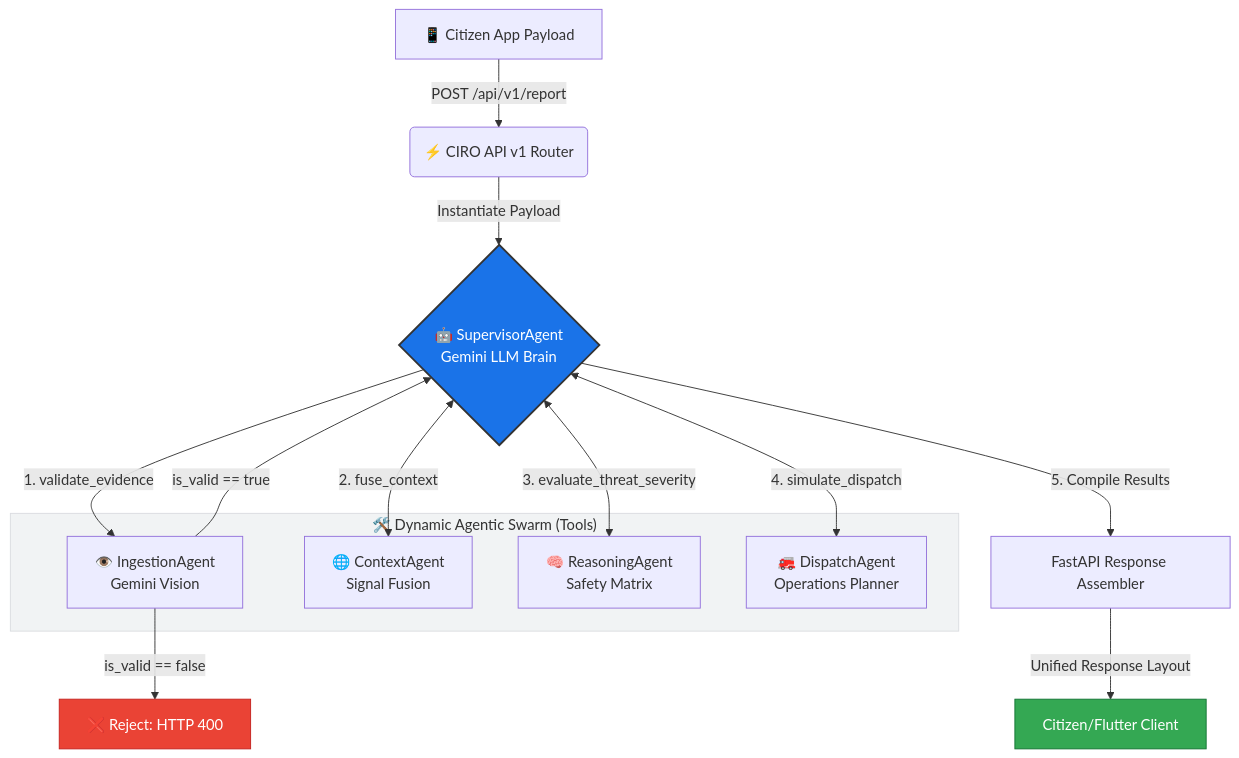
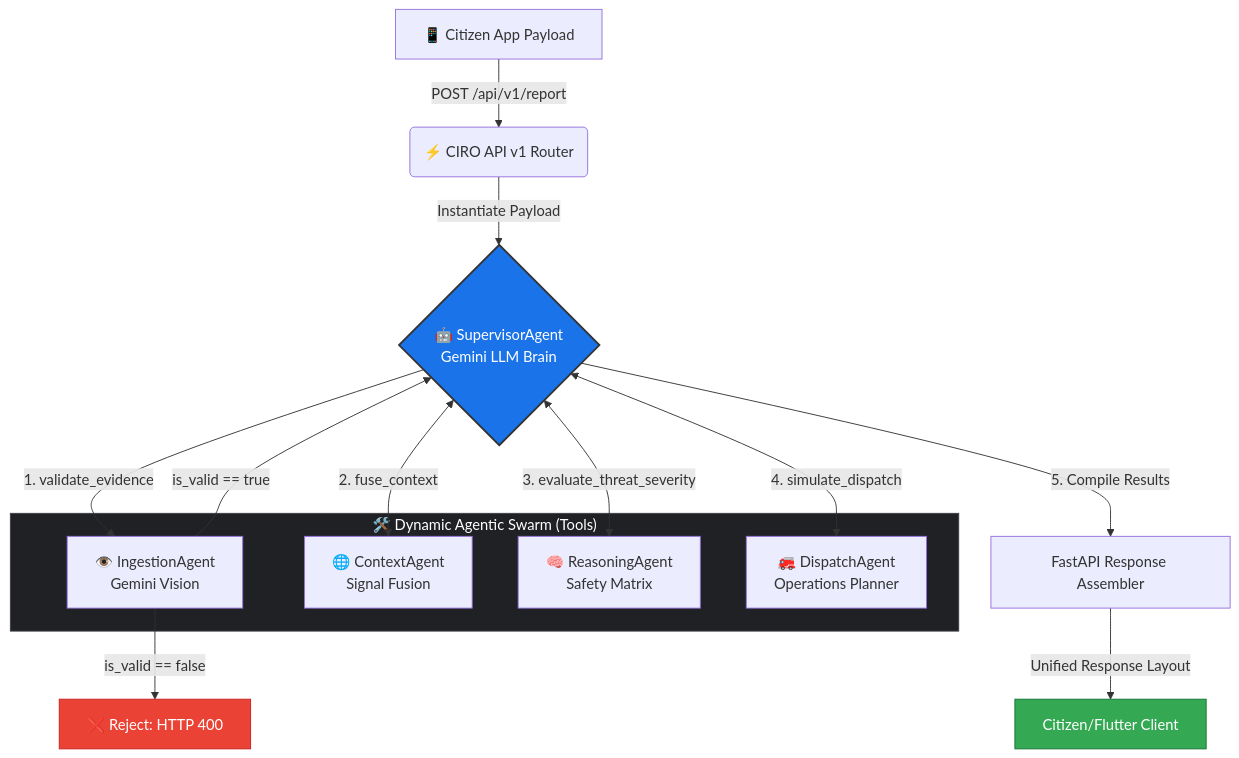
The diagram in README.md (usamashami11/SnapCity), drawn with Mermaid before and after one commit.

````diff
--- a/README.md
+++ b/README.md
@@ -103,28 +103,28 @@
 ```mermaid
 graph TD
     A[📱 Citizen App Payload] -->|POST /api/v1/report| B(⚡ CIRO API v1 Router)
     B -->|Instantiate Payload| C{🤖 SupervisorAgent <br> Gemini LLM Brain}
     
     subgraph Swarm ["🛠️ Dynamic Agentic Swarm (Tools)"]
         D[👁️ IngestionAgent <br> Gemini Vision]
         E[🌐 ContextAgent <br> Signal Fusion]
         G[🧠 ReasoningAgent <br> Safety Matrix]
         H[🚒 DispatchAgent <br> Operations Planner]
     end
 
     C -->|1. validate_evidence| D
     D -->|is_valid == false| X[❌ Reject: HTTP 400]
     D -->|is_valid == true| C
     
     C <-->|2. fuse_context| E
     C <-->|3. evaluate_threat_severity| G
     C <-->|4. simulate_dispatch| H
     
     C -->|5. Compile Results| I[FastAPI Response Assembler]
     I -->|Unified Response Layout| J[Citizen/Flutter Client]
     
     style C fill:#1a73e8,stroke:#333,stroke-width:2px,color:#fff
-    style Swarm fill:#f1f3f4,stroke:#dadce0,stroke-width:1px
+    style Swarm fill:#202124,stroke:#3c4043,stroke-width:1px,color:#fff
     style X fill:#ea4335,stroke:#c5221f,stroke-width:1px,color:#fff
     style J fill:#34a853,stroke:#137333,stroke-width:1px,color:#fff
 ```
````
